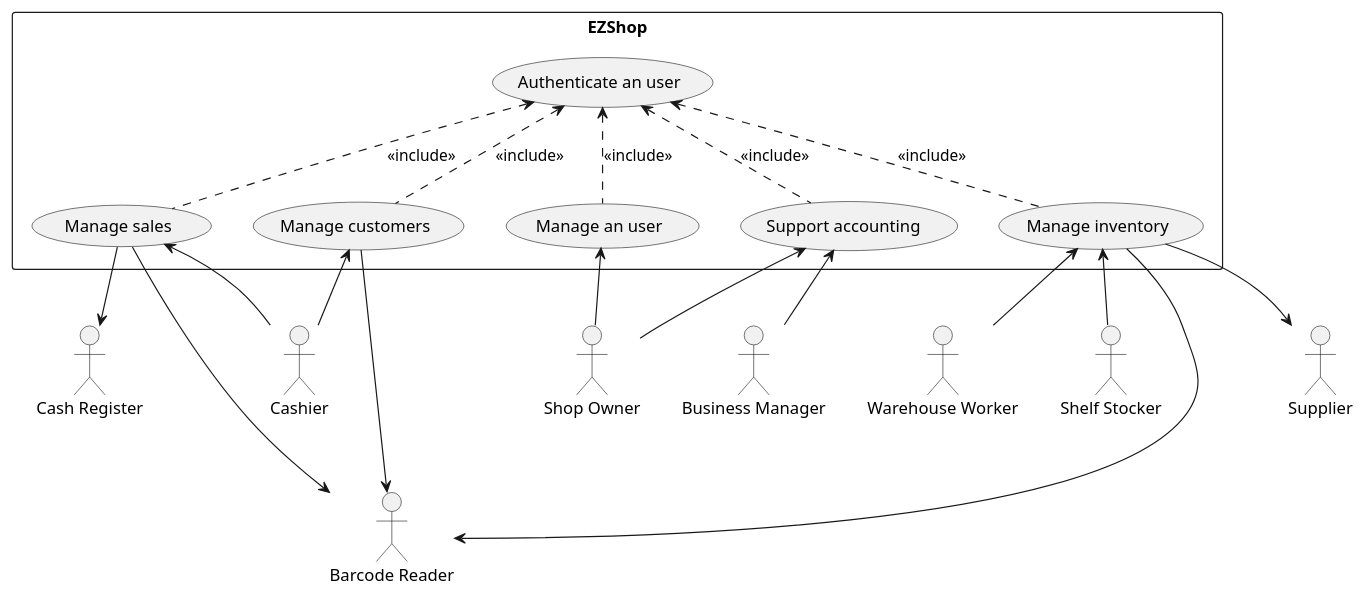
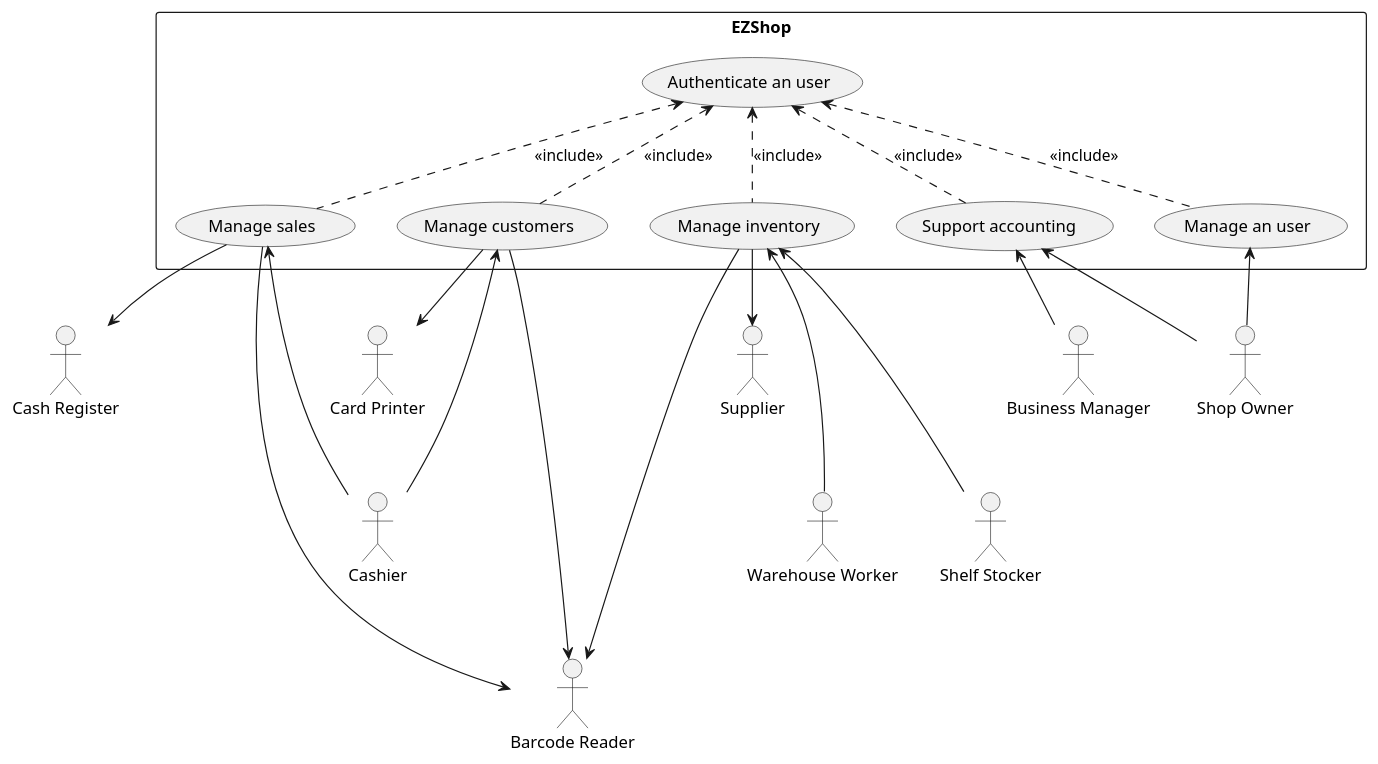
Before and after one commit to gioele-scaletta/EZShop-Software-Engineering-Project: the second of 5 diagrams in Deliverables/RequirementsDocument.md, drawn with PlantUML. The commit also changed other lines of this file, not shown here.

Commit message:
version 1.5

````diff
--- a/Deliverables/RequirementsDocument.md
+++ b/Deliverables/RequirementsDocument.md
@@ -170,46 +170,44 @@
 ```plantuml
+actor "Cash Register" as cr
 actor "Shop Owner" as so
+actor "Business Manager" as bm
 actor "Cashier" as c
 actor "Warehouse Worker" as ww
 actor "Shelf Stocker" as ss
 actor "Barcode Reader" as br
-actor "Cash Register" as cr
+actor "Card Printer" as cp
+actor "Supplier" as s
 
-actor "Supplier" as s
-actor "Business Manager" as bm
- 
 rectangle EZShop {
     usecase "Authenticate an user" as F1
+    usecase "Manage sales" as F3
+    usecase "Manage customers" as F5
+    usecase "Manage inventory" as F4
+    usecase "Support accounting " as F6
     usecase "Manage an user" as F2
-    usecase "Manage sales" as F3
-    usecase "Manage inventory" as F4
-    usecase "Manage customers" as F5
-    usecase "Support accounting " as F6
 }
  
 F1 <.. F2 : <<include>>
 F1 <.. F3 : <<include>>
 F1 <.. F4 : <<include>>
 F1 <.. F5 : <<include>>
 F1 <.. F6 : <<include>>
-
  
 F2 <-- so
 
-F3 <-- c
+F3 <--- c
 F3 --> cr
-F3 ---> br
+F3 ----> br
  
-F4 ---> br
-F4 <-- ww
-F4 <-- ss
- 
+F4 ----> br
+F4 <--- ww
+F4 <--- ss
 F4 --> s
  
-F5 <-- c
-F5 ---> br
+F5 <--- c
+F5 --> cp
+F5 ----> br
  
 F6 <-- bm
 F6 <-- so
-
 ```
````
